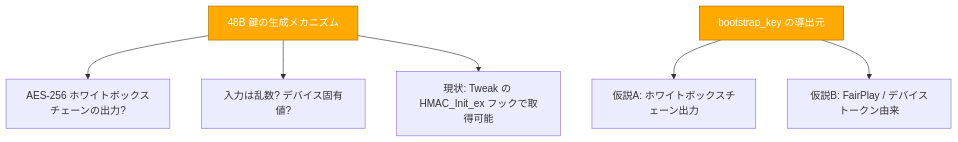
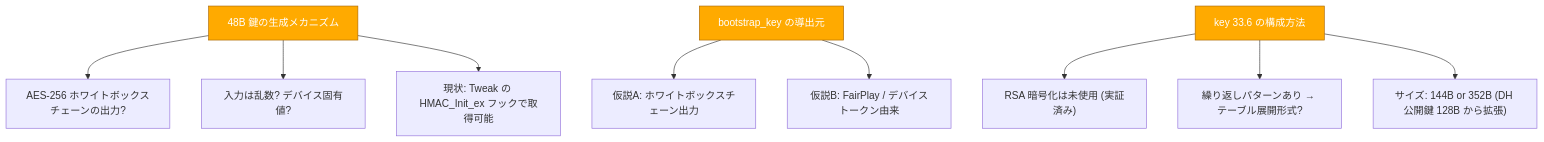
Before and after one commit to qtmleap/revkit: the fifth of 5 diagrams in docs/spec/msl_key_relationship.md, drawn with Mermaid. The commit also changed other lines of this file, not shown here.

Commit message:
docs(spec): key 33.6 構成の解析結果を反映
- RSA 暗号化は未使用 (実証済み) を解決済みに追加
- key 33.6 サイズを 464B → 144B/352B に修正
- kAppBootKey の点線接続を削除 (RSA 不使用のため)
- key 33.6 構成方法を未解明ポイントに追加

````diff
--- a/docs/spec/msl_key_relationship.md
+++ b/docs/spec/msl_key_relationship.md
@@ -296,15 +295,21 @@
 ```mermaid
 graph TD
     Q1["48B 鍵の生成メカニズム"]
     Q2["bootstrap_key の導出元"]
+    Q3["key 33.6 の構成方法"]
 
     Q1 --> H1["AES-256 ホワイトボックスチェーンの出力?"]
     Q1 --> H2["入力は乱数? デバイス固有値?"]
     Q1 --> H3["現状: Tweak の HMAC_Init_ex フックで取得可能"]
 
     Q2 --> H4["仮説A: ホワイトボックスチェーン出力"]
     Q2 --> H5["仮説B: FairPlay / デバイストークン由来"]
 
+    Q3 --> H6["RSA 暗号化は未使用 (実証済み)"]
+    Q3 --> H7["繰り返しパターンあり → テーブル展開形式?"]
+    Q3 --> H8["サイズ: 144B or 352B (DH 公開鍵 128B から拡張)"]
+
     style Q1 fill:#fa0,stroke:#a60,color:#fff
     style Q2 fill:#fa0,stroke:#a60,color:#fff
+    style Q3 fill:#fa0,stroke:#a60,color:#fff
 ```
````
